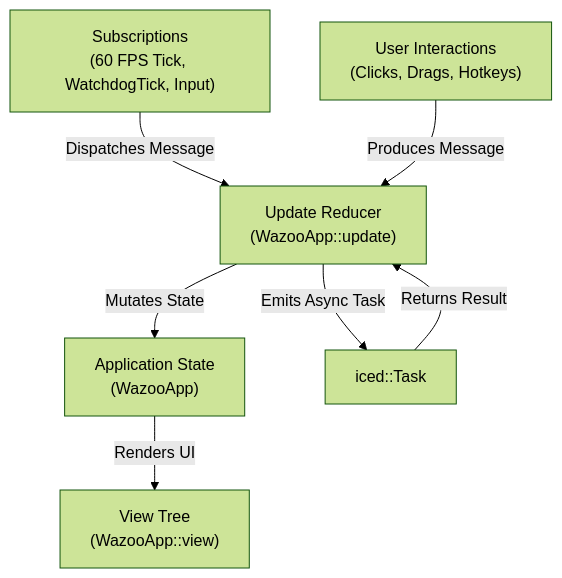
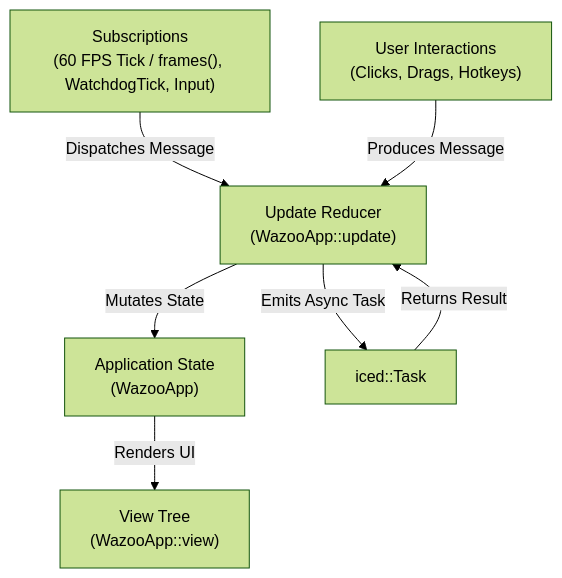
Before and after one commit to alkali-softworks/wazoo: the first of 2 diagrams in docs/wazoo-app.md, drawn with Mermaid (forest theme). The commit also changed other lines of this file and 6 other files, not shown here.

````diff
--- a/docs/wazoo-app.md
+++ b/docs/wazoo-app.md
@@ -36,9 +37,9 @@
 ```mermaid
 graph TD
-    Sub["Subscriptions<br/>(60 FPS Tick, WatchdogTick, Input)"] -->|Dispatches Message| Update["Update Reducer<br/>(WazooApp::update)"]
+    Sub["Subscriptions<br/>(60 FPS Tick / frames(), WatchdogTick, Input)"] -->|Dispatches Message| Update["Update Reducer<br/>(WazooApp::update)"]
     User["User Interactions<br/>(Clicks, Drags, Hotkeys)"] -->|Produces Message| Update
     Update -->|Mutates State| State["Application State<br/>(WazooApp)"]
     Update -->|Emits Async Task| Task["iced::Task<Message>"]
     Task -->|Returns Result| Update
     State -->|Renders UI| View["View Tree<br/>(WazooApp::view)"]
 ```
````
